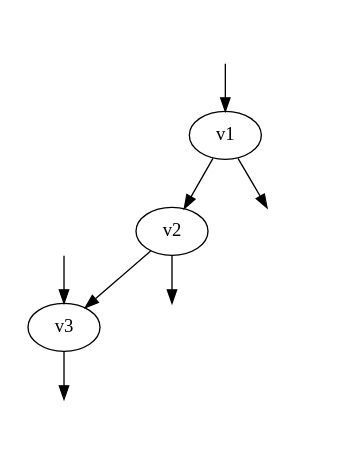
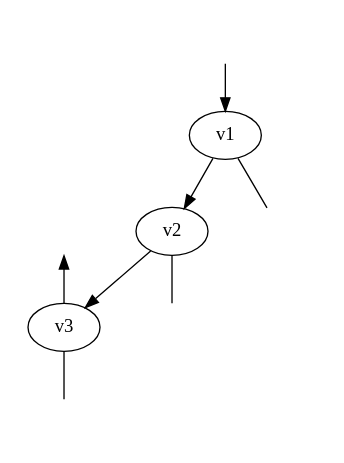
The diagram in AmplitudeSubtractionBenchmark/dot_graphs/qqx_aaa_tree.dot (alphal00p/alphaLoopMisc), drawn with Graphviz before and after one commit. The commit also changed other lines of this file and 13 other files, not shown here.

```diff
--- a/AmplitudeSubtractionBenchmark/dot_graphs/qqx_aaa_tree.dot
+++ b/AmplitudeSubtractionBenchmark/dot_graphs/qqx_aaa_tree.dot
@@ -1,21 +1,22 @@
 digraph qqx_aaa_tree_1{
     num = "1";
     overall_factor = "1";
-    projector = "vbar(2,spenso::bis(4,hedge(2)))*u(1,spenso::bis(4,hedge(1)))*ϵbar(0,spenso::mink(4,hedge(0)))*ϵbar(3,spenso::mink(4,hedge(3)))*ϵbar(4,spenso::mink(4,hedge(4)))";
+    overall_factor_evaluated = "1";
+    projector = "u(1,spenso::bis(4,hedge(1)))*vbar(2,spenso::bis(4,hedge(2)))*ϵbar(0,spenso::mink(4,hedge(0)))*ϵbar(3,spenso::mink(4,hedge(3)))*ϵbar(4,spenso::mink(4,hedge(4)))";
 
-	v1 [dod=0 int_id=V_71 num="-1𝑖/3*ee*spenso::g(spenso::dind(spenso::cof(3,hedge(5))),spenso::cof(3,hedge(1)))*spenso::gamma(spenso::bis(4,hedge(5)),spenso::bis(4,hedge(1)),spenso::mink(4,hedge(3)))"];
-	v2 [dod=0 int_id=V_71 num="-1𝑖/3*ee*spenso::g(spenso::dind(spenso::cof(3,hedge(7))),spenso::cof(3,hedge(6)))*spenso::gamma(spenso::bis(4,hedge(7)),spenso::bis(4,hedge(6)),spenso::mink(4,hedge(4)))"];
-	v3 [dod=0 int_id=V_71 num="-1𝑖/3*ee*spenso::g(spenso::dind(spenso::cof(3,hedge(2))),spenso::cof(3,hedge(8)))*spenso::gamma(spenso::bis(4,hedge(2)),spenso::bis(4,hedge(8)),spenso::mink(4,hedge(0)))"];
+	v1 [dod=0 int_id=V_71 num="UFO::GC_1*spenso::g(spenso::cof(3,hedge(1)),spenso::dind(spenso::cof(3,hedge(5))))*spenso::gamma(spenso::bis(4,hedge(5)),spenso::bis(4,hedge(1)),spenso::mink(4,hedge(3)))"];
+	v2 [dod=0 int_id=V_71 num="UFO::GC_1*spenso::g(spenso::cof(3,hedge(6)),spenso::dind(spenso::cof(3,hedge(7))))*spenso::gamma(spenso::bis(4,hedge(7)),spenso::bis(4,hedge(6)),spenso::mink(4,hedge(4)))"];
+	v3 [dod=0 int_id=V_71 num="UFO::GC_1*spenso::g(spenso::cof(3,hedge(8)),spenso::dind(spenso::cof(3,hedge(2))))*spenso::gamma(spenso::bis(4,hedge(2)),spenso::bis(4,hedge(8)),spenso::mink(4,hedge(0)))"];
 	exte0	 [style=invis];
-	v3:0	-> exte0	 [id=0 source=2  dod=-2 is_dummy=false lmb_rep="P(1,a___)+P(2,a___)-P(3,a___)-P(4,a___)" name=e0 num="1𝑖" particle="a"];
+	v3:0	-> exte0	 [id=0 dir=none source=2  dod=-2 is_dummy=false lmb_rep="-1*P(3,a___)+-1*P(4,a___)+P(1,a___)+P(2,a___)" name=e0 num="1𝑖" particle="a" pin="x:@-left"];
 	exte1	 [style=invis];
-	exte1	-> v1:1	 [id=1 sink=1  dod=-2 is_dummy=false lmb_rep="P(1,a___)" name=e1 num="1𝑖" particle="d"];
+	exte1	-> v1:1	 [id=1 sink=1  dod=-2 is_dummy=false lmb_rep="P(1,a___)" name=e1 num="1𝑖" particle="d" pin="x:@+right"];
 	exte2	 [style=invis];
-	exte2	-> v3:2	 [id=2 sink=0  dod=-2 is_dummy=false lmb_rep="P(2,a___)" name=e2 num="1𝑖" particle="d~"];
+	exte2	-> v3:2	 [id=2 dir=back sink=0  dod=-2 is_dummy=false lmb_rep="P(2,a___)" name=e2 num="1𝑖" particle="d~" pin="x:@+right"];
 	exte3	 [style=invis];
-	v1:3	-> exte3	 [id=3 source=2  dod=-2 is_dummy=false lmb_rep="P(3,a___)" name=e3 num="1𝑖" particle="a"];
+	v1:3	-> exte3	 [id=3 dir=none source=2  dod=-2 is_dummy=false lmb_rep="P(3,a___)" name=e3 num="1𝑖" particle="a" pin="x:@-left"];
 	exte4	 [style=invis];
-	v2:4	-> exte4	 [id=4 source=2  dod=-2 is_dummy=false lmb_rep="P(4,a___)" name=e4 num="1𝑖" particle="a"];
-	v1:5	-> v2:6	 [id=5 source=0 sink=1  dod=-1 is_dummy=false lmb_rep="P(1,a___)-P(3,a___)" name=e5 num="spenso::g(spenso::dind(spenso::cof(3,hedge(6))),spenso::cof(3,hedge(5)))*spenso::gamma(spenso::bis(4,hedge(6)),spenso::bis(4,hedge(5)),spenso::mink(4,edge(5,1)))*Q(5,spenso::mink(4,edge(5,1)))" particle="d"];
-	v2:7	-> v3:8	 [id=6 source=0 sink=1  dod=-1 is_dummy=false lmb_rep="P(1,a___)-P(3,a___)-P(4,a___)" name=e6 num="spenso::g(spenso::dind(spenso::cof(3,hedge(8))),spenso::cof(3,hedge(7)))*spenso::gamma(spenso::bis(4,hedge(8)),spenso::bis(4,hedge(7)),spenso::mink(4,edge(6,1)))*Q(6,spenso::mink(4,edge(6,1)))" particle="d"];
+	v2:4	-> exte4	 [id=4 dir=none source=2  dod=-2 is_dummy=false lmb_rep="P(4,a___)" name=e4 num="1𝑖" particle="a" pin="x:@-left"];
+	v1:5	-> v2:6	 [id=5 source=0 sink=1  dod=-1 is_dummy=false lmb_rep="-1*P(3,a___)+P(1,a___)" name=e5 num="Q(5,spenso::mink(4,edge(5,1)))*spenso::g(spenso::cof(3,hedge(5)),spenso::dind(spenso::cof(3,hedge(6))))*spenso::gamma(spenso::bis(4,hedge(6)),spenso::bis(4,hedge(5)),spenso::mink(4,edge(5,1)))" particle="d"];
+	v2:7	-> v3:8	 [id=6 source=0 sink=1  dod=-1 is_dummy=false lmb_rep="-1*P(3,a___)+-1*P(4,a___)+P(1,a___)" name=e6 num="Q(6,spenso::mink(4,edge(6,1)))*spenso::g(spenso::cof(3,hedge(7)),spenso::dind(spenso::cof(3,hedge(8))))*spenso::gamma(spenso::bis(4,hedge(8)),spenso::bis(4,hedge(7)),spenso::mink(4,edge(6,1)))" particle="d"];
 }
```
